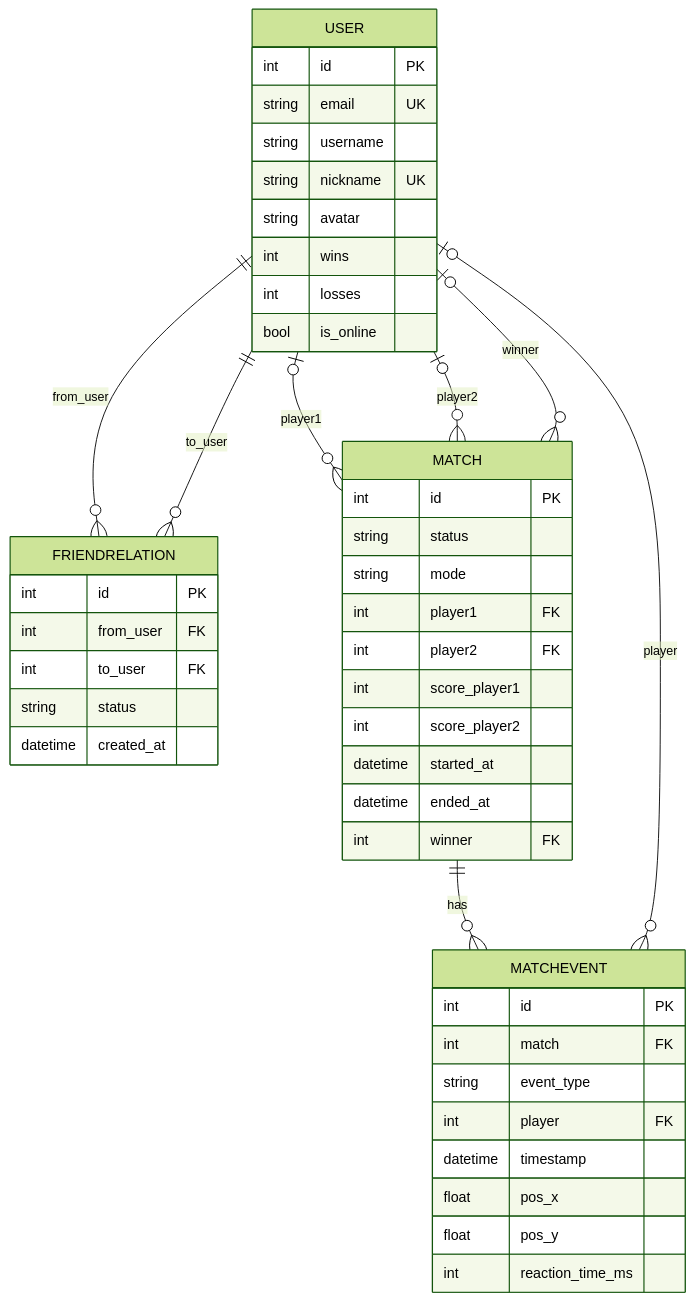
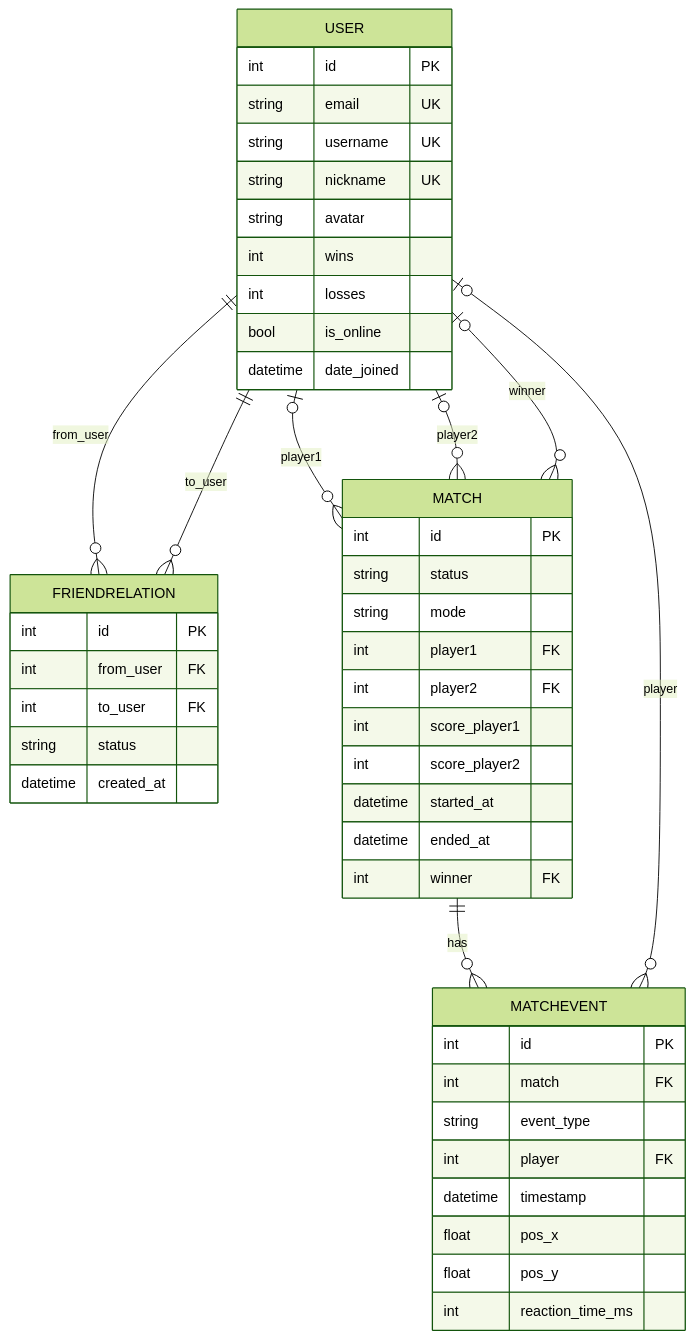
The diagram in docs/db-schema.md (nakoriko/42transcendence), drawn with Mermaid (forest theme) before and after one commit. The commit also changed other lines of this file and 3 other files, not shown here.

````diff
--- a/docs/db-schema.md
+++ b/docs/db-schema.md
@@ -7,53 +7,54 @@
 ```mermaid
 erDiagram
     USER ||--o{ FRIENDRELATION : from_user
     USER ||--o{ FRIENDRELATION : to_user
     USER |o--o{ MATCH : player1
     USER |o--o{ MATCH : player2
     USER |o--o{ MATCH : winner
     MATCH ||--o{ MATCHEVENT : has
     USER |o--o{ MATCHEVENT : player
 
     USER {
         int id PK
         string email UK
-        string username
+        string username UK
         string nickname UK
         string avatar
         int wins
         int losses
         bool is_online
+        datetime date_joined
     }
 
     FRIENDRELATION {
         int id PK
         int from_user FK
         int to_user FK
         string status
         datetime created_at
     }
 
     MATCH {
         int id PK
         string status
         string mode
         int player1 FK
         int player2 FK
         int score_player1
         int score_player2
         datetime started_at
         datetime ended_at
         int winner FK
     }
 
     MATCHEVENT {
         int id PK
         int match FK
         string event_type
         int player FK
         datetime timestamp
         float pos_x
         float pos_y
         int reaction_time_ms
     }
 ```
````
